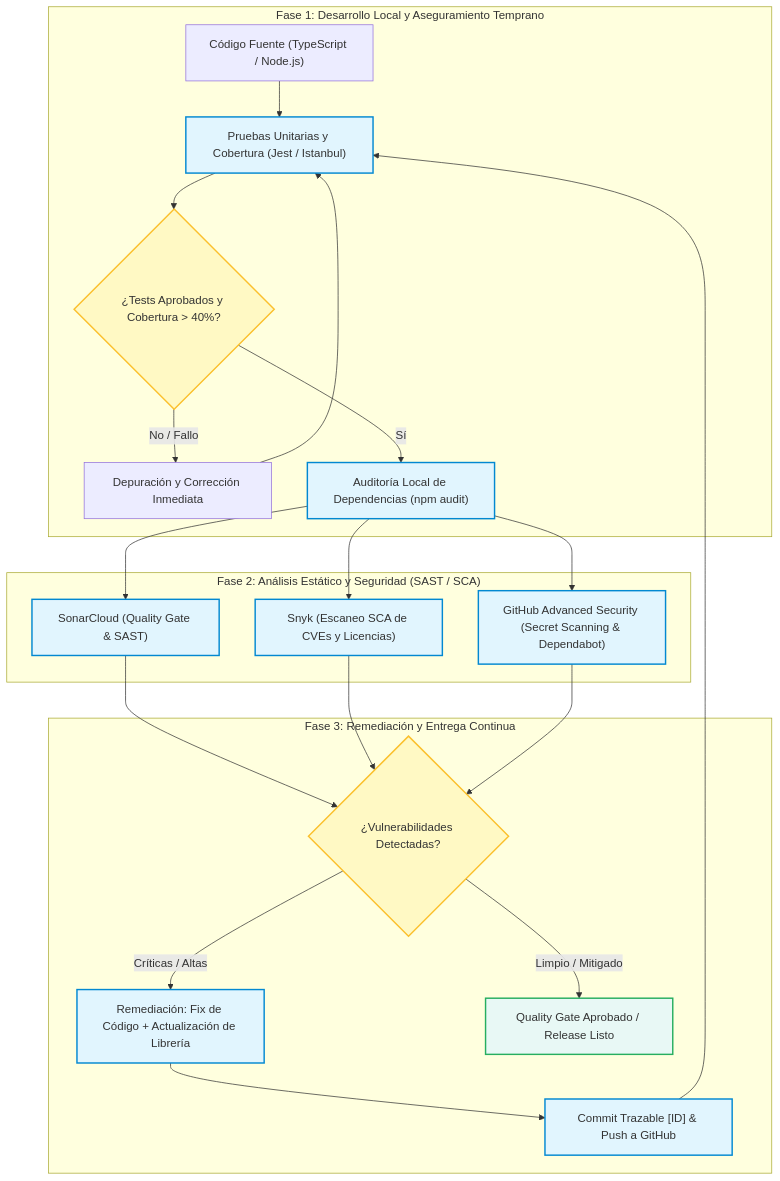
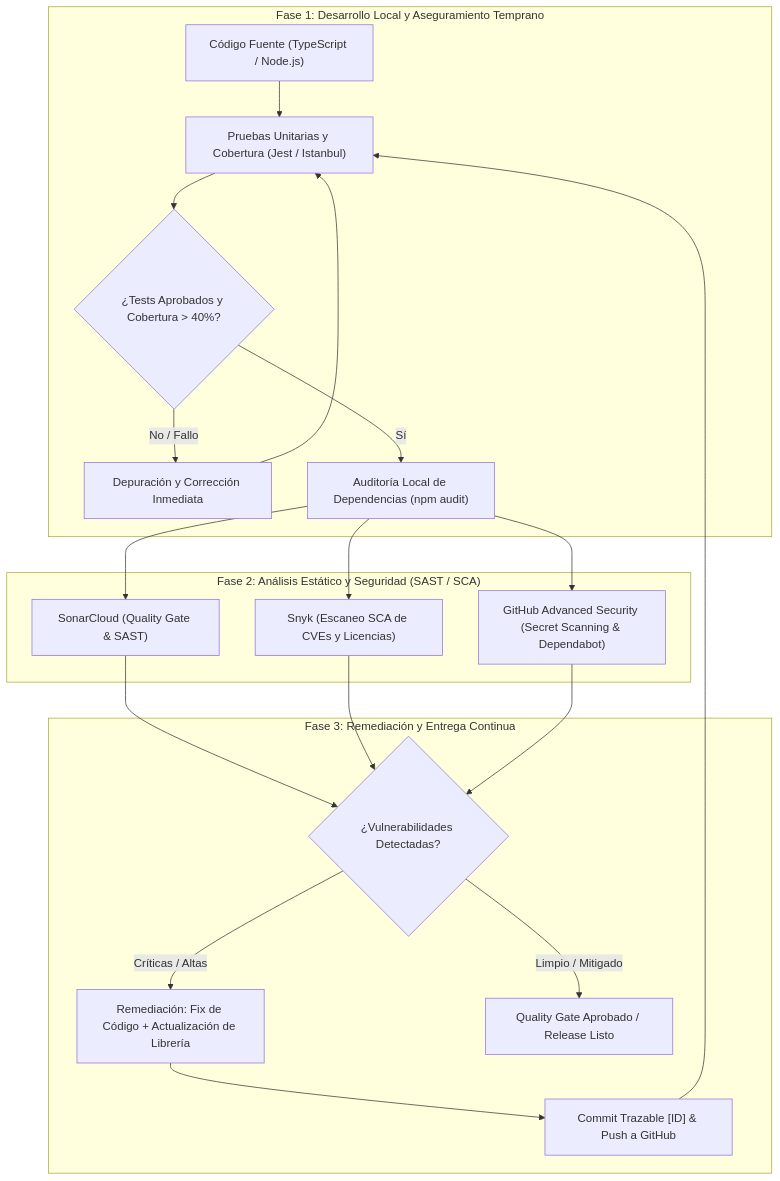
One commit to CVDS-Grupo5/AUY1102-Pipeline changed the first of 3 diagrams in INFORME_EVALUACION_2.md. Above: the diagram before and after it, drawn with Mermaid. The commit also changed other lines of this file and 2 other files, not shown here.

Commit message:
[DMROMEROG] feat(seguridad): incorporacion de metricas oficiales de Snyk y mejora de contraste en diagramas

````diff
--- a/INFORME_EVALUACION_2.md
+++ b/INFORME_EVALUACION_2.md
@@ -34,31 +34,24 @@
 ```mermaid
 flowchart TD
     subgraph DEV["Fase 1: Desarrollo Local y Aseguramiento Temprano"]
         A["Código Fuente (TypeScript / Node.js)"] --> B["Pruebas Unitarias y Cobertura (Jest / Istanbul)"]
         B --> C{"¿Tests Aprobados y Cobertura > 40%?"}
         C -- "No / Fallo" --> D["Depuración y Corrección Inmediata"]
         D --> B
         C -- "Sí" --> E["Auditoría Local de Dependencias (npm audit)"]
     end
 
     subgraph SEC["Fase 2: Análisis Estático y Seguridad (SAST / SCA)"]
         E --> F["SonarCloud (Quality Gate & SAST)"]
         E --> G["Snyk (Escaneo SCA de CVEs y Licencias)"]
         E --> H["GitHub Advanced Security (Secret Scanning & Dependabot)"]
     end
 
     subgraph REM["Fase 3: Remediación y Entrega Continua"]
         F & G & H --> I{"¿Vulnerabilidades Detectadas?"}
         I -- "Críticas / Altas" --> J["Remediación: Fix de Código + Actualización de Librería"]
         J --> K["Commit Trazable [ID] & Push a GitHub"]
         K --> B
         I -- "Limpio / Mitigado" --> L["Quality Gate Aprobado / Release Listo"]
     end
-
-    classDef process fill:#e1f5fe,stroke:#0288d1,stroke-width:2px;
-    classDef decision fill:#fff9c4,stroke:#fbc02d,stroke-width:2px;
-    classDef success fill:#e8f8f5,stroke:#27ae60,stroke-width:2px;
-    class B,E,F,G,H,J,K process;
-    class C,I decision;
-    class L success;
 ```
````
